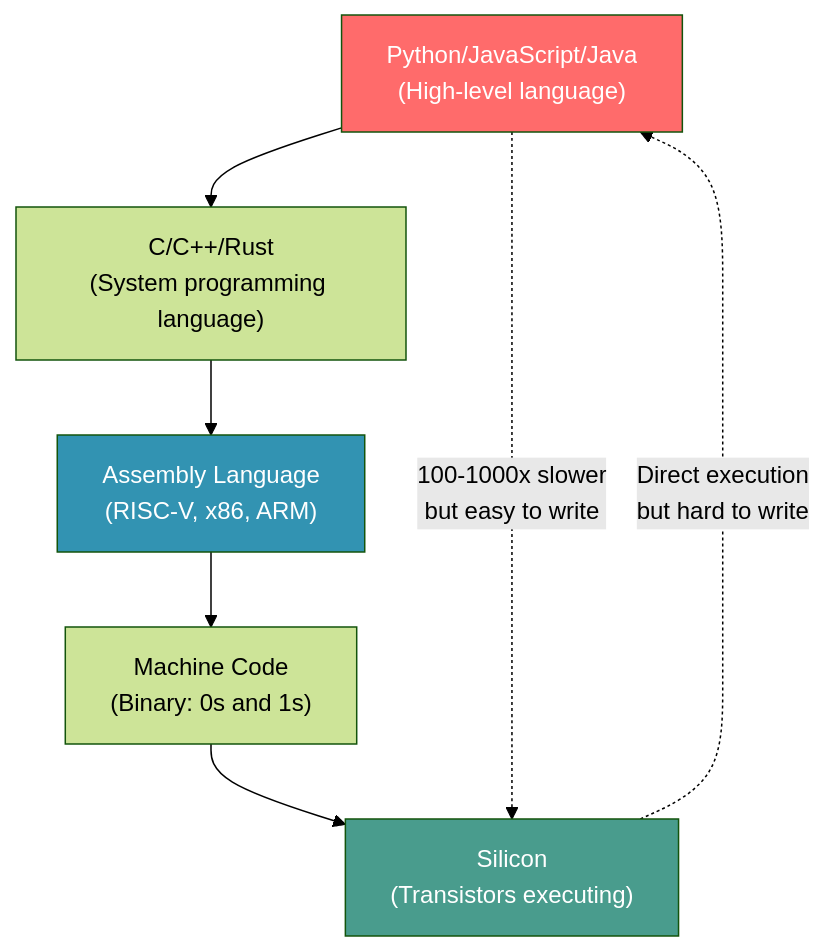
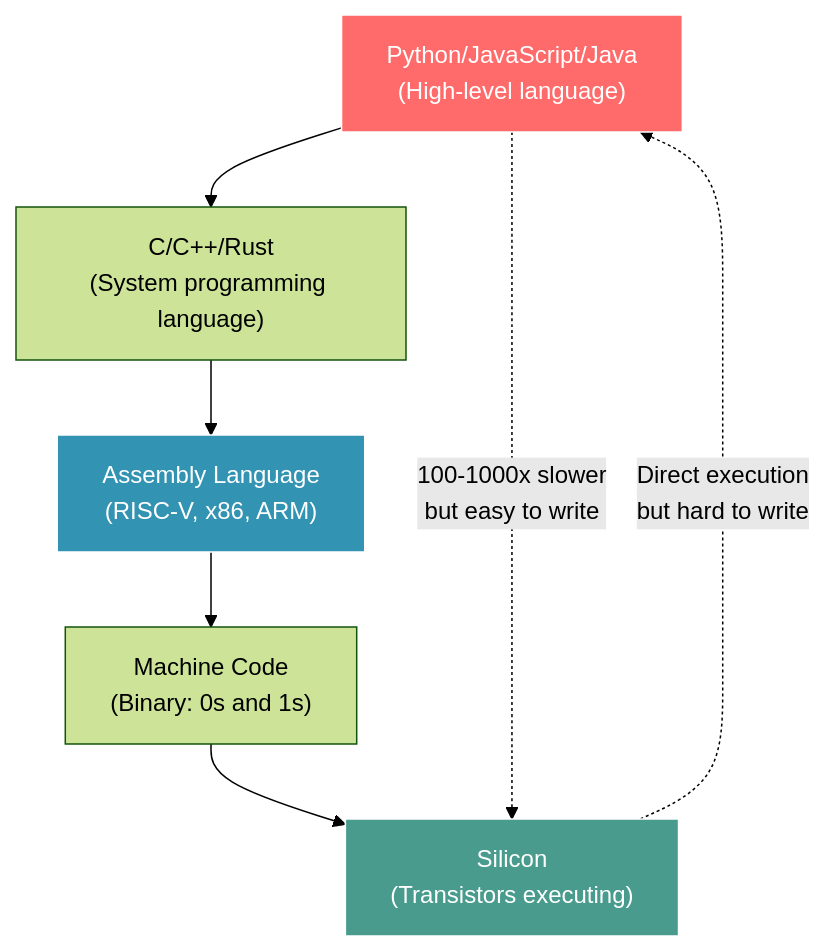
The diagram in content/lessons/cs-fundamentals-06-abstraction.md (tenstorrent/tt-vscode-toolkit), drawn with Mermaid (forest theme) before and after one commit. The commit also changed 37 other files, not shown here.

````diff
--- a/content/lessons/cs-fundamentals-06-abstraction.md
+++ b/content/lessons/cs-fundamentals-06-abstraction.md
@@ -57,14 +57,14 @@
 ```mermaid
 graph TD
     A["Python/JavaScript/Java<br/>(High-level language)"] --> B["C/C++/Rust<br/>(System programming language)"]
     B --> C["Assembly Language<br/>(RISC-V, x86, ARM)"]
     C --> D["Machine Code<br/>(Binary: 0s and 1s)"]
     D --> E["Silicon<br/>(Transistors executing)"]
 
     A -.->|"100-1000x slower<br/>but easy to write"| E
     E -.->|"Direct execution<br/>but hard to write"| A
 
-    style A fill:#ff6b6b,color:#fff
-    style C fill:#3293b2,color:#fff
-    style E fill:#499c8d,color:#fff
+    style A fill:#ff6b6b,stroke:#fff,color:#fff
+    style C fill:#3293b2,stroke:#fff,color:#fff
+    style E fill:#499c8d,stroke:#fff,color:#fff
 ```
````
